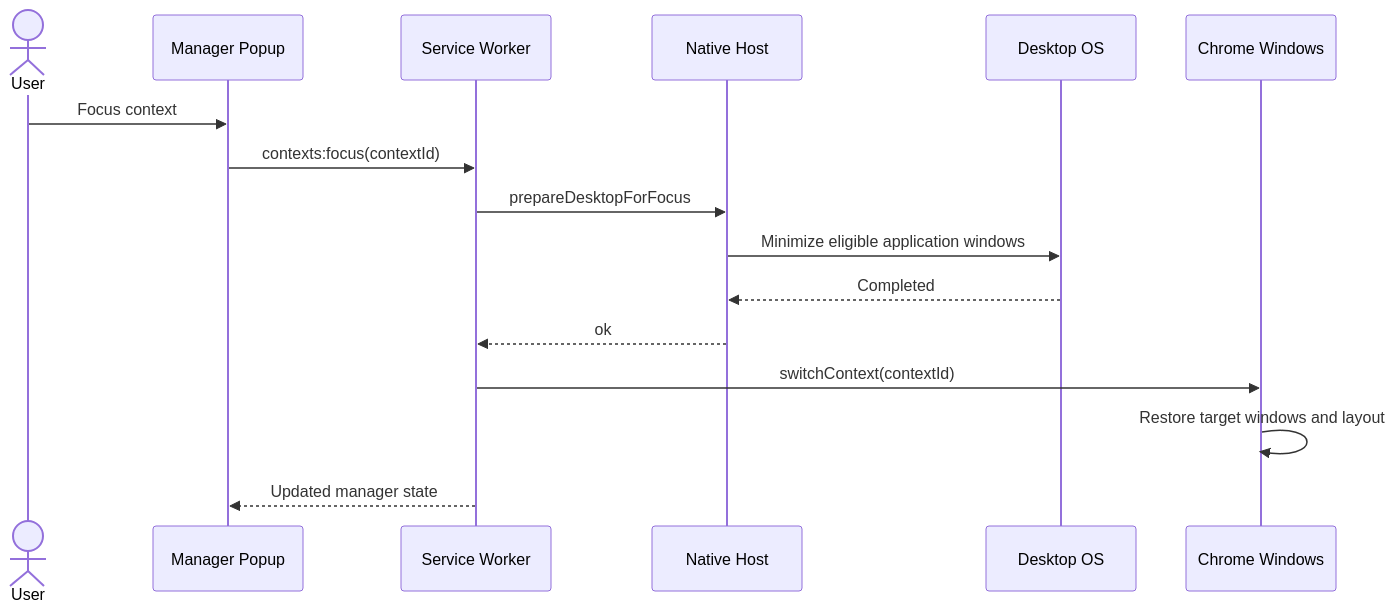
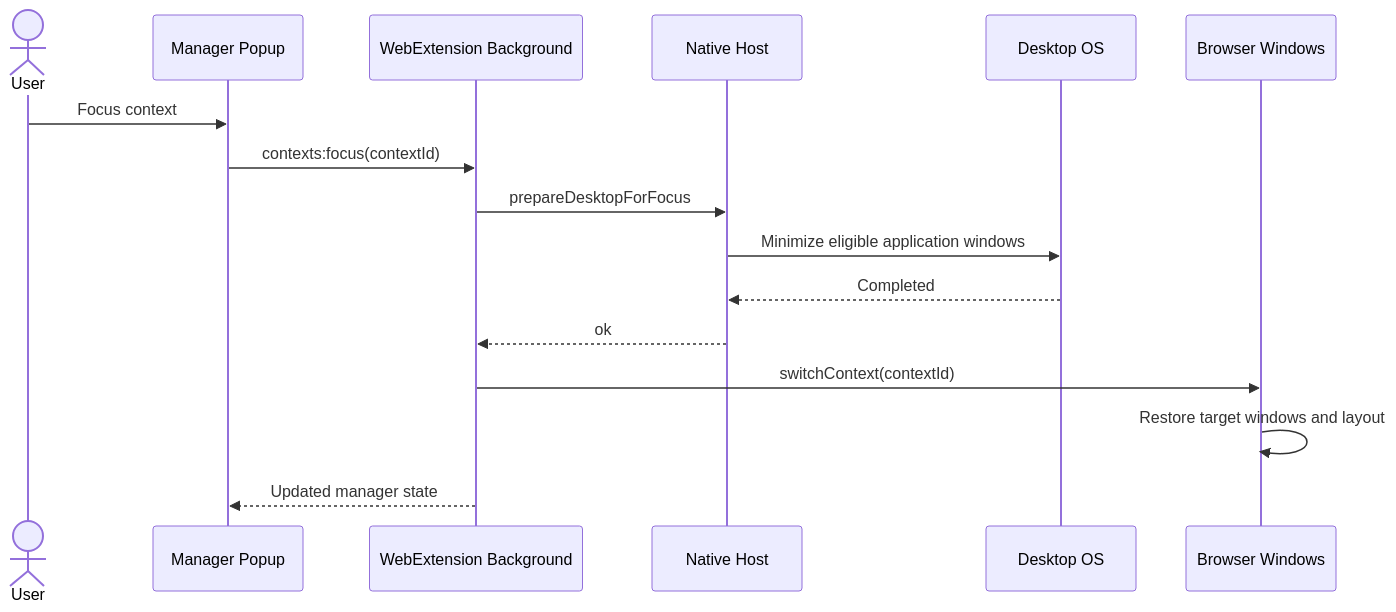
The second of 2 diagrams in docs/architecture/desktop-focus.md (g-nogueira/tab-manager-mvp), drawn with Mermaid before and after one commit. The commit also changed other lines of this file, not shown here.

Commit message:
docs: make Desktop Focus architecture browser-neutral

````diff
--- a/docs/architecture/desktop-focus.md
+++ b/docs/architecture/desktop-focus.md
@@ -34,19 +36,19 @@
 ```mermaid
 sequenceDiagram
     actor User
     participant UI as Manager Popup
-    participant SW as Service Worker
+    participant BG as WebExtension Background
     participant Host as Native Host
     participant OS as Desktop OS
-    participant Chrome as Chrome Windows
+    participant Browser as Browser Windows
 
     User->>UI: Focus context
-    UI->>SW: contexts:focus(contextId)
-    SW->>Host: prepareDesktopForFocus
+    UI->>BG: contexts:focus(contextId)
+    BG->>Host: prepareDesktopForFocus
     Host->>OS: Minimize eligible application windows
     OS-->>Host: Completed
-    Host-->>SW: ok
-    SW->>Chrome: switchContext(contextId)
-    Chrome->>Chrome: Restore target windows and layout
-    SW-->>UI: Updated manager state
+    Host-->>BG: ok
+    BG->>Browser: switchContext(contextId)
+    Browser->>Browser: Restore target windows and layout
+    BG-->>UI: Updated manager state
 ```
````
